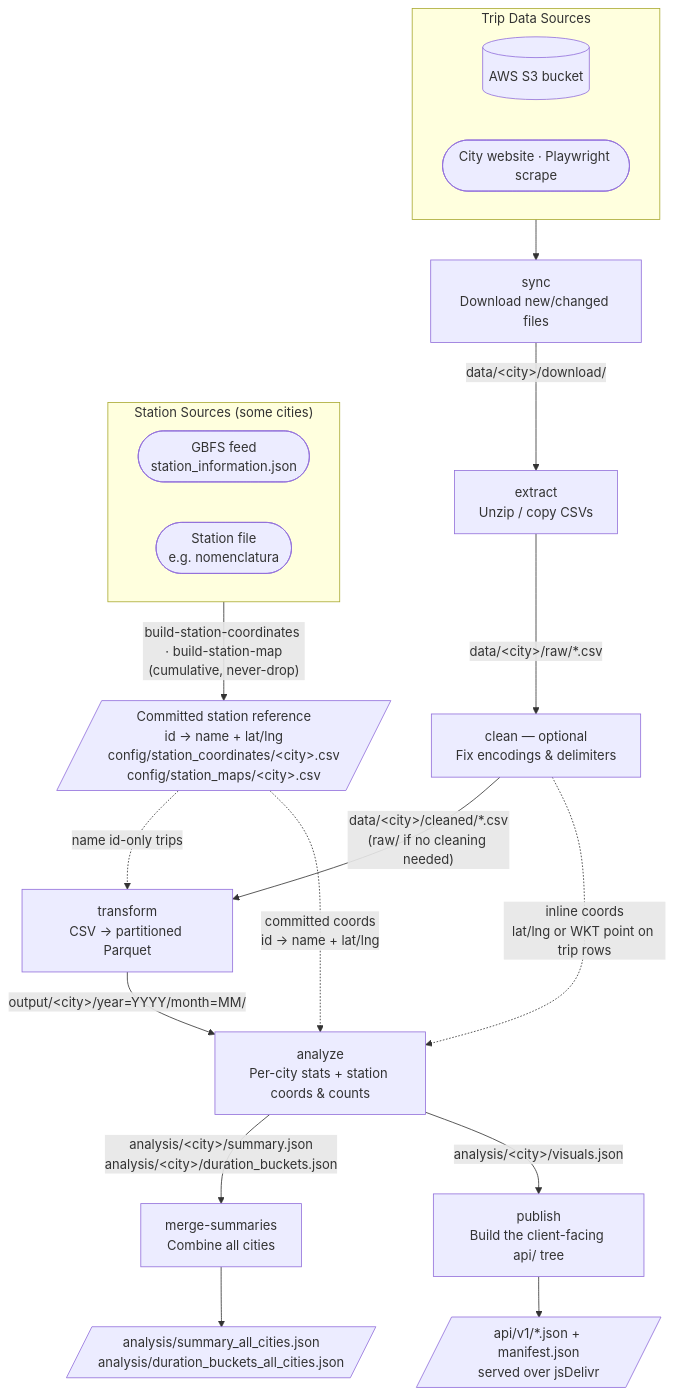
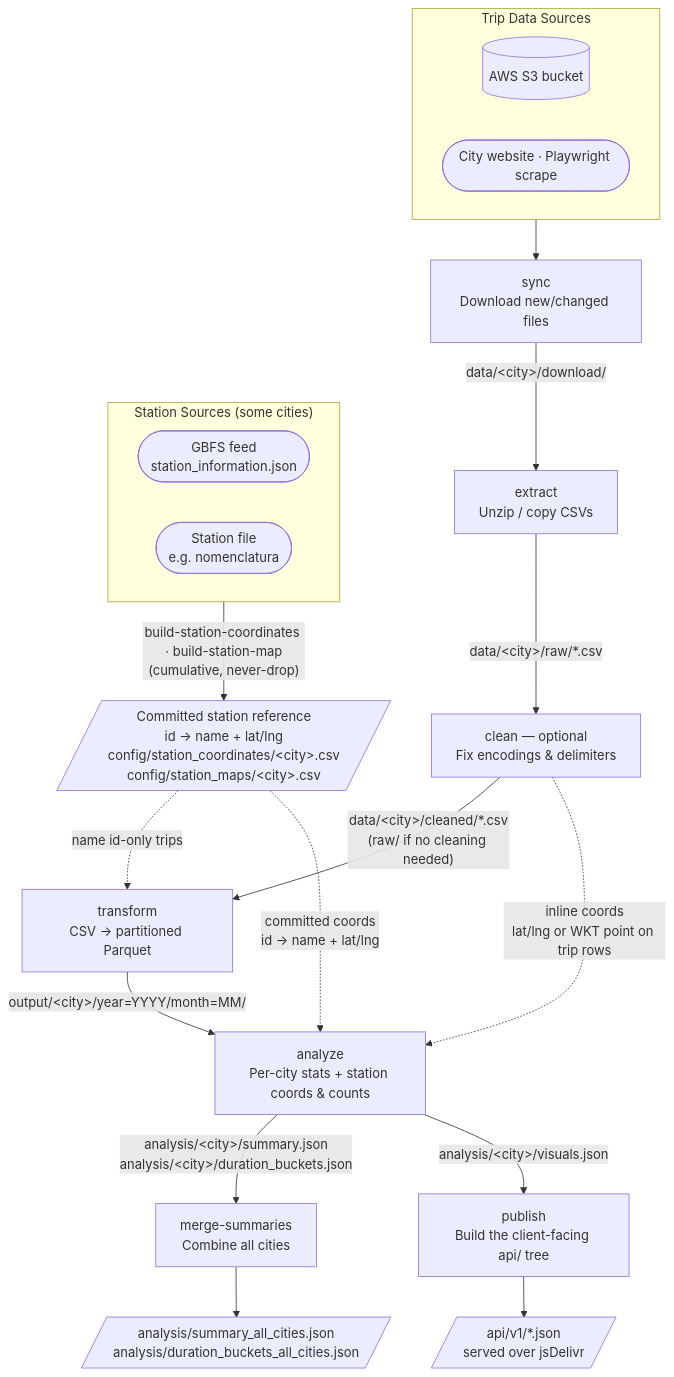
One commit to commanderking/citybikeshare changed the first of 2 diagrams in README.md. Above: the diagram before and after it, drawn with Mermaid. The commit also changed other lines of this file and 4 other files, not shown here.

````diff
--- a/README.md
+++ b/README.md
@@ -9,42 +9,42 @@
 ```mermaid
 flowchart TD
     subgraph SOURCES["Trip Data Sources"]
         S3[("AWS S3 bucket")]
         WEB(["City website · Playwright scrape"])
     end
 
     subgraph STATIONSRC["Station Sources (some cities)"]
         GBFS(["GBFS feed\nstation_information.json"])
         SFILE(["Station file\ne.g. nomenclatura"])
     end
 
     SYNC["sync\nDownload new/changed files"]
     EXTRACT["extract\nUnzip / copy CSVs"]
     CLEAN["clean — optional\nFix encodings & delimiters"]
     TRANSFORM["transform\nCSV → partitioned Parquet"]
     ANALYZE["analyze\nPer-city stats + station coords & counts"]
     MERGE["merge-summaries\nCombine all cities"]
     PUBLISH["publish\nBuild the client-facing api/ tree"]
 
     STATIONS[/"Committed station reference\nid → name + lat/lng\nconfig/station_coordinates/&lt;city&gt;.csv\nconfig/station_maps/&lt;city&gt;.csv"/]
 
     RESULT[/"analysis/summary_all_cities.json
 analysis/duration_buckets_all_cities.json"/]
 
-    API[/"api/v1/*.json + manifest.json\nserved over jsDelivr"/]
+    API[/"api/v1/*.json\nserved over jsDelivr"/]
 
     SOURCES --> SYNC
     SYNC      -->|"data/&lt;city&gt;/download/"| EXTRACT
     EXTRACT   -->|"data/&lt;city&gt;/raw/*.csv"| CLEAN
     CLEAN     -->|"data/&lt;city&gt;/cleaned/*.csv\n(raw/ if no cleaning needed)"| TRANSFORM
     TRANSFORM -->|"output/&lt;city&gt;/year=YYYY/month=MM/"| ANALYZE
     ANALYZE   -->|"analysis/&lt;city&gt;/summary.json\nanalysis/&lt;city&gt;/duration_buckets.json"| MERGE
     MERGE     --> RESULT
     ANALYZE   -->|"analysis/&lt;city&gt;/visuals.json"| PUBLISH
     PUBLISH   --> API
 
     STATIONSRC -->|"build-station-coordinates · build-station-map\n(cumulative, never-drop)"| STATIONS
     STATIONS -.->|"name id-only trips"| TRANSFORM
     STATIONS -.->|"committed coords\nid → name + lat/lng"| ANALYZE
     CLEAN -.->|"inline coords\nlat/lng or WKT point on trip rows"| ANALYZE
 ```
````
